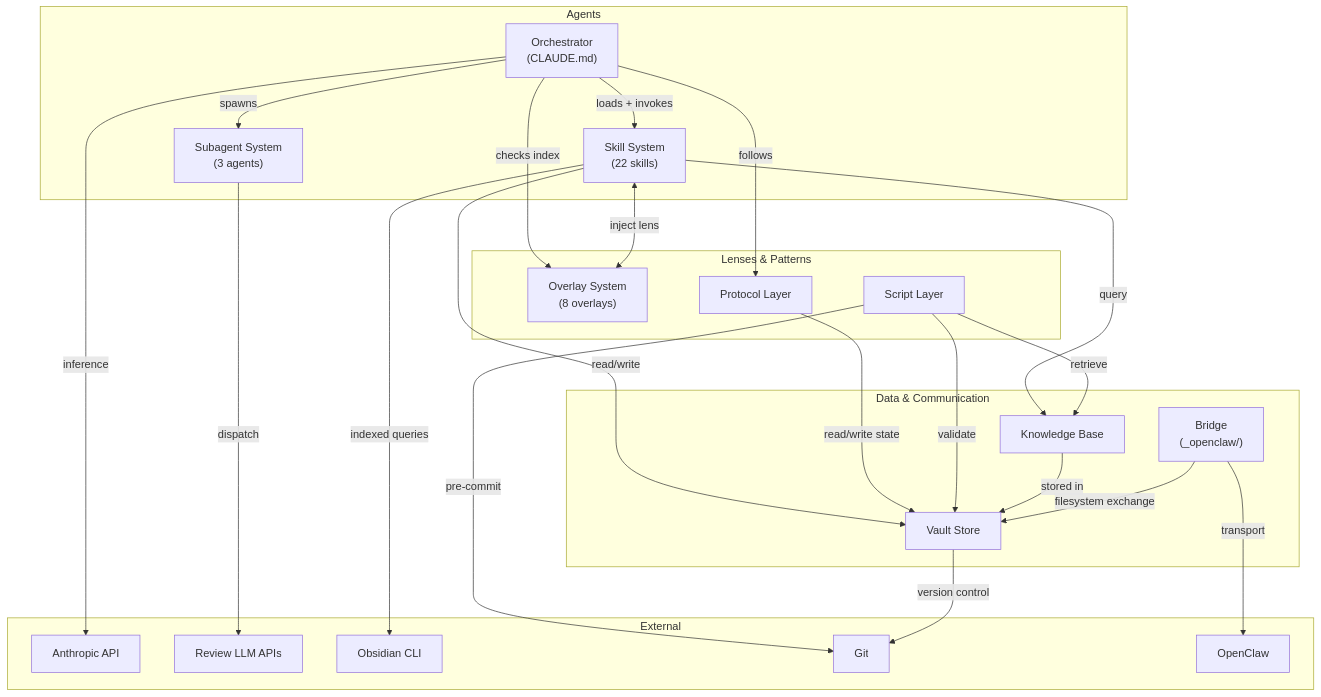
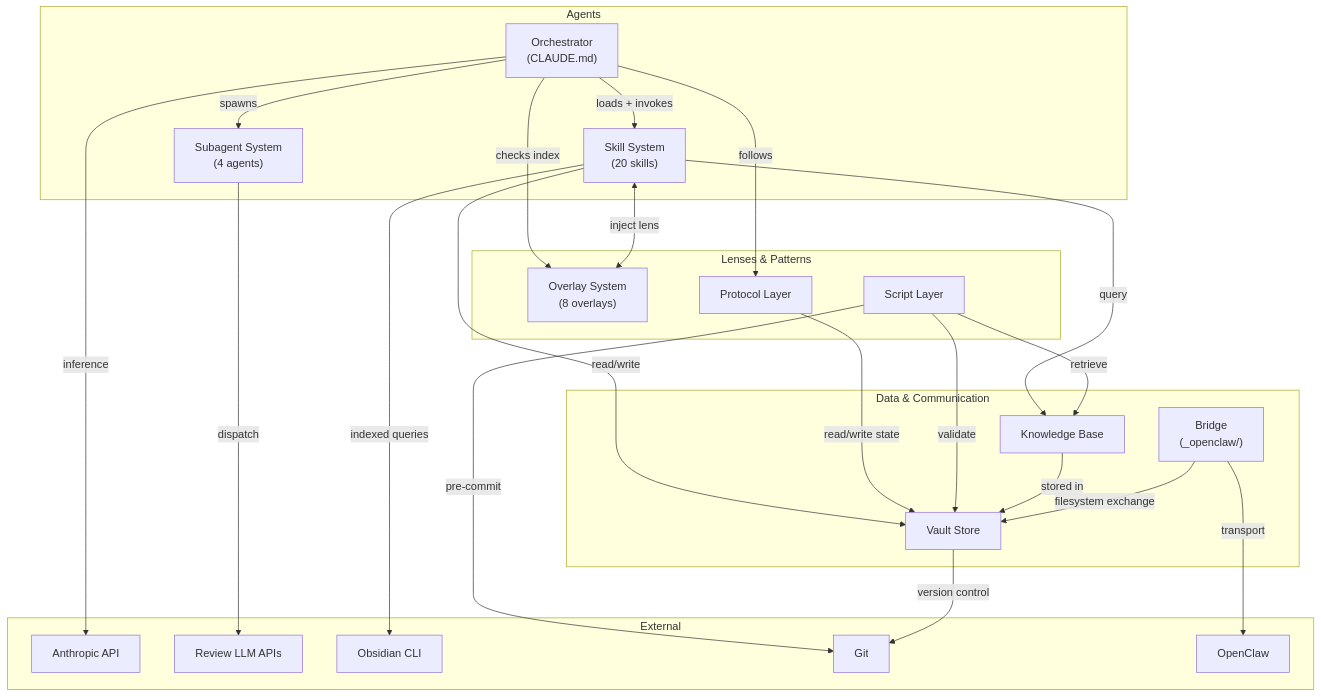
One commit to djt71/crumb-vault-mirror changed the second of 2 diagrams in _system/docs/architecture/02-building-blocks.md. Above: the diagram before and after it, drawn with Mermaid. The commit also changed other lines of this file and 15 other files, not shown here.

Commit message:
sync: docs(architecture): M2 refresh — all 6 Arc42 sections updated to 2026-04-11 state

````diff
--- a/_system/docs/architecture/02-building-blocks.md
+++ b/_system/docs/architecture/02-building-blocks.md
@@ -279,63 +278,63 @@
 ```mermaid
 %%{init: {'theme': 'default'}}%%
 flowchart TD
     subgraph agents["Agents"]
         orch["Orchestrator\n(CLAUDE.md)"]
-        skills["Skill System\n(22 skills)"]
-        subs["Subagent System\n(3 agents)"]
+        skills["Skill System\n(20 skills)"]
+        subs["Subagent System\n(4 agents)"]
     end
 
     subgraph lenses["Lenses & Patterns"]
         overlays["Overlay System\n(8 overlays)"]
         protocols["Protocol Layer"]
         scripts["Script Layer"]
     end
 
     subgraph data["Data & Communication"]
         vault["Vault Store"]
         kb["Knowledge Base"]
         bridge["Bridge\n(_openclaw/)"]
     end
 
     subgraph external["External"]
         anthropic["Anthropic API"]
         review_apis["Review LLM APIs"]
         obsidian["Obsidian CLI"]
         git["Git"]
         openclaw["OpenClaw"]
     end
 
     %% Orchestrator is the root
     orch -->|"loads + invokes"| skills
     orch -->|"spawns"| subs
     orch -->|"checks index"| overlays
     orch -->|"follows"| protocols
 
     %% Skills depend on data
     skills -->|"read/write"| vault
     skills -->|"query"| kb
     skills <-->|"inject lens"| overlays
 
     %% Subagents reach external
     subs -->|"dispatch"| review_apis
 
     %% Protocols touch vault
     protocols -->|"read/write state"| vault
 
     %% Scripts enforce
     scripts -->|"validate"| vault
     scripts -->|"retrieve"| kb
     scripts -->|"pre-commit"| git
 
     %% KB built on vault
     kb -->|"stored in"| vault
 
     %% Bridge connects to vault
     bridge -->|"filesystem exchange"| vault
 
     %% External dependencies
     orch -->|"inference"| anthropic
     skills -->|"indexed queries"| obsidian
     vault -->|"version control"| git
     bridge -->|"transport"| openclaw
 ```
````
